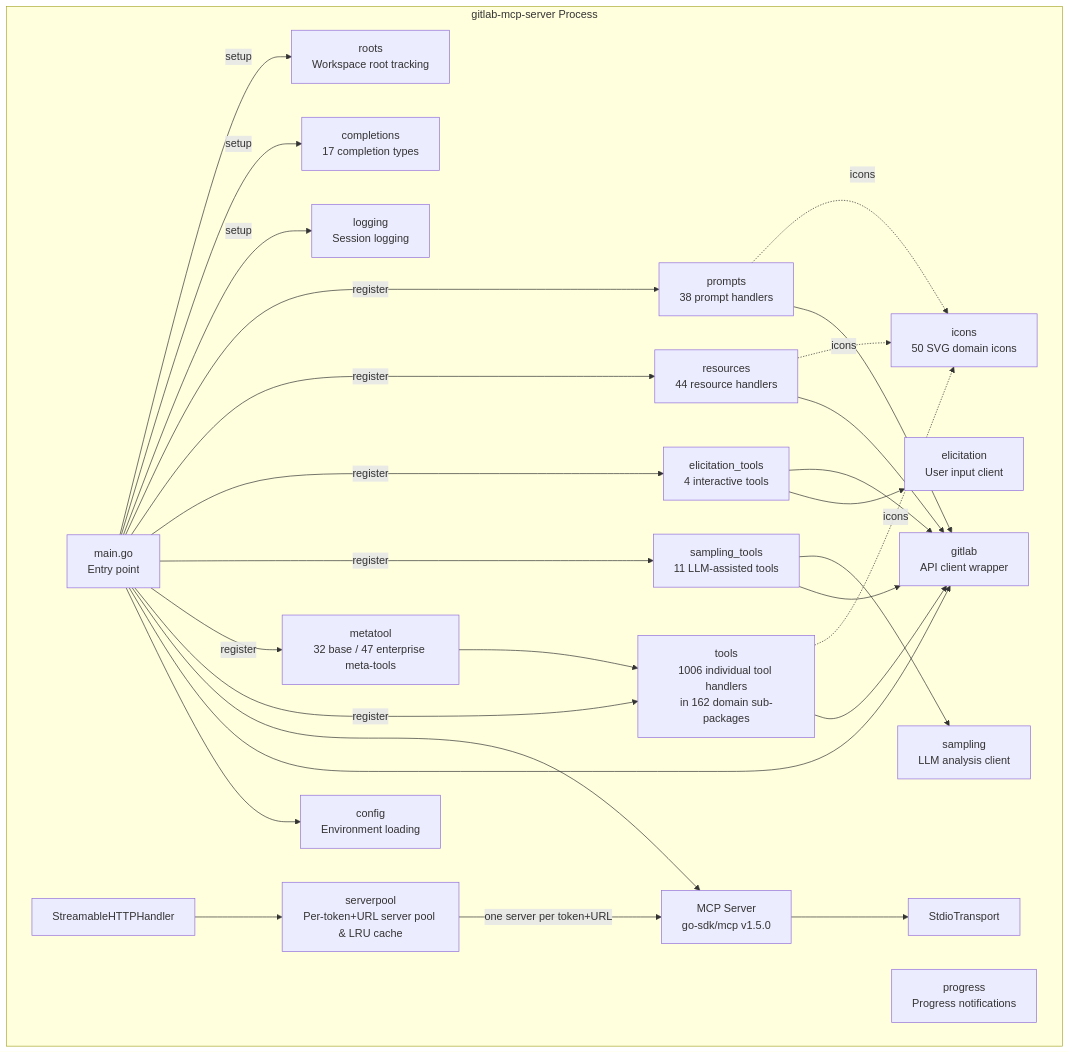
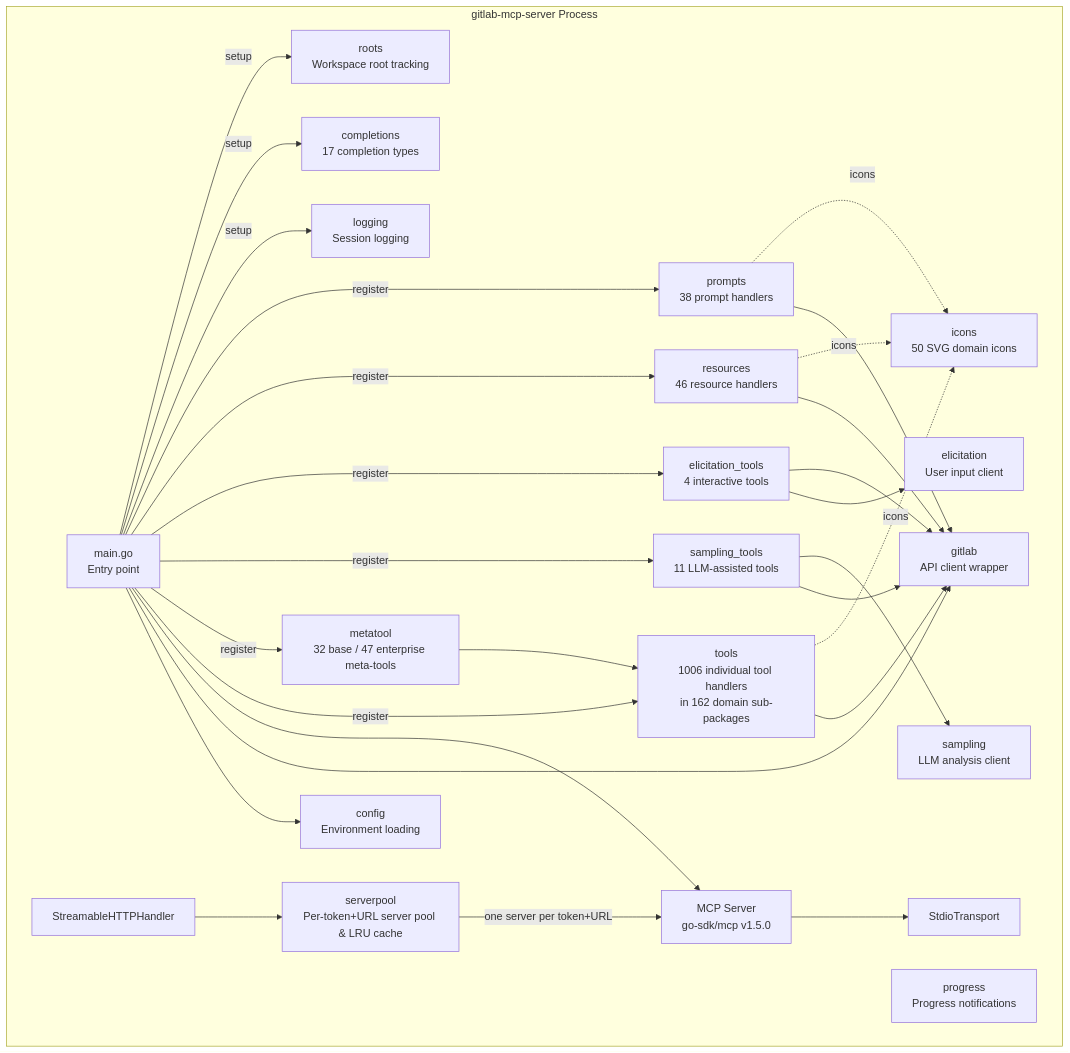
The third of 9 diagrams in docs/architecture.md (jmrplens/gitlab-mcp-server), drawn with Mermaid before and after one commit. The commit also changed other lines of this file and 879 other files, not shown here.

First line of the commit message:
Fix meta-tool schema guidance and HTTP config isolation

````diff
--- a/docs/architecture.md
+++ b/docs/architecture.md
@@ -64,52 +64,52 @@
 ```mermaid
 graph TD
     subgraph "gitlab-mcp-server Process"
         MAIN[main.go<br/>Entry point]
         CFG[config<br/>Environment loading]
         GL[gitlab<br/>API client wrapper]
         TOOLS[tools<br/>1006 individual tool handlers<br/>in 162 domain sub-packages]
         META[metatool<br/>32 base / 47 enterprise meta-tools]
         SAMP[sampling_tools<br/>11 LLM-assisted tools]
         ELIC[elicitation_tools<br/>4 interactive tools]
-        RES[resources<br/>44 resource handlers]
+        RES[resources<br/>46 resource handlers]
         PROMPTS[prompts<br/>38 prompt handlers]
         LOG[logging<br/>Session logging]
         COMP[completions<br/>17 completion types]
         ROOTS[roots<br/>Workspace root tracking]
         PROG[progress<br/>Progress notifications]
         SAMPLING[sampling<br/>LLM analysis client]
         ELICIT[elicitation<br/>User input client]
         ICN[icons<br/>50 SVG domain icons]
         SRV[MCP Server<br/>go-sdk/mcp v1.5.0]
         STDIO[StdioTransport]
         HTTP[StreamableHTTPHandler]
         POOL[serverpool<br/>Per-token+URL server pool & LRU cache]
     end
 
     MAIN --> CFG
     MAIN --> GL
     MAIN --> SRV
     SRV --> STDIO
     HTTP --> POOL
     POOL -->|one server per token+URL| SRV
     TOOLS --> GL
     META --> TOOLS
     SAMP --> GL
     SAMP --> SAMPLING
     ELIC --> ELICIT
     ELIC --> GL
     RES --> GL
     PROMPTS --> GL
     MAIN -->|register| TOOLS
     MAIN -->|register| META
     MAIN -->|register| SAMP
     MAIN -->|register| ELIC
     MAIN -->|register| RES
     MAIN -->|register| PROMPTS
     TOOLS -.->|icons| ICN
     RES -.->|icons| ICN
     PROMPTS -.->|icons| ICN
     MAIN -->|setup| LOG
     MAIN -->|setup| COMP
     MAIN -->|setup| ROOTS
 ```
````
